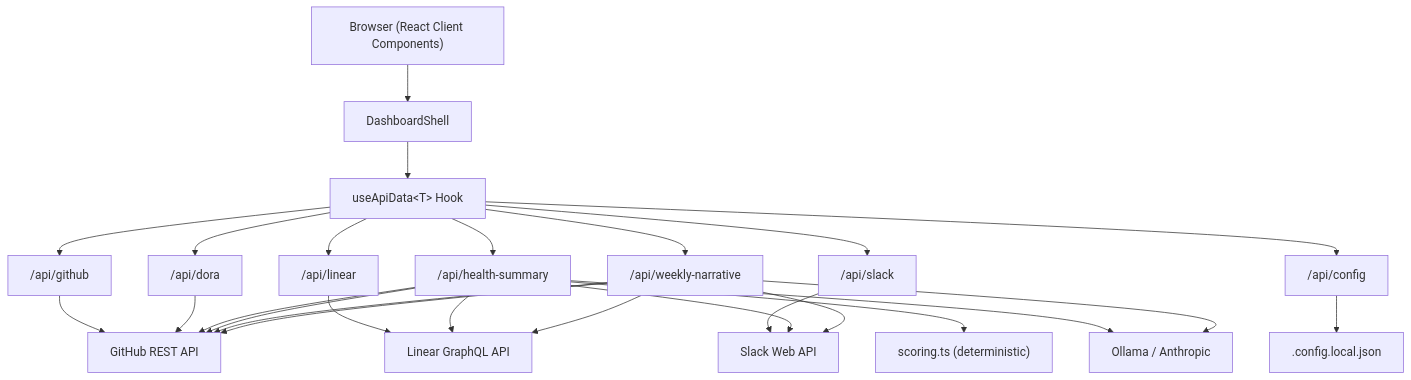
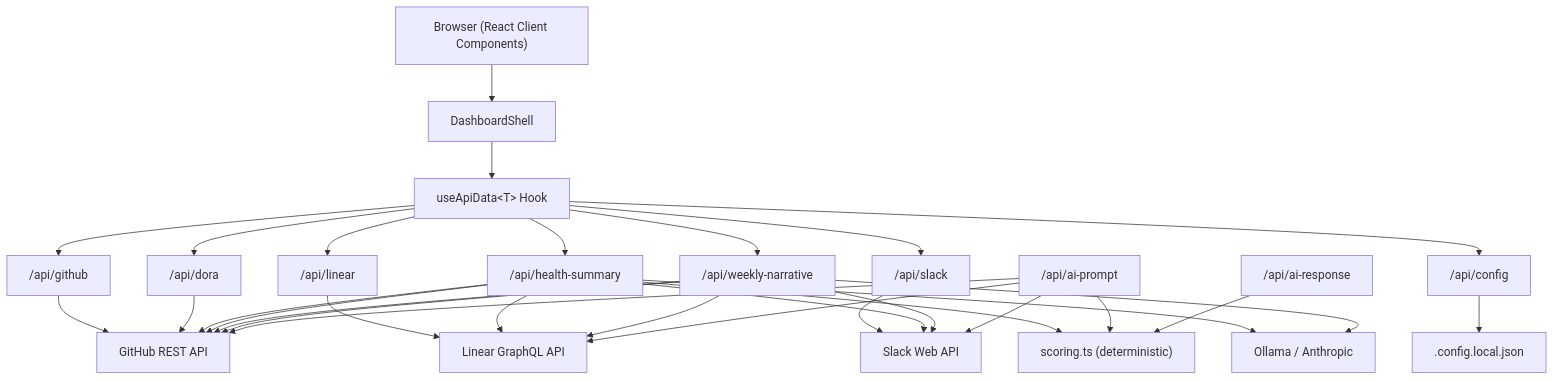
One commit to jasonmeltzer/team-health-dashboard changed the first of 2 diagrams in ARCHITECTURE.md. Above: the diagram before and after it, drawn with Mermaid. The commit also changed other lines of this file and 13 other files, not shown here.

````diff
--- a/ARCHITECTURE.md
+++ b/ARCHITECTURE.md
@@ -23,37 +23,43 @@
 ```mermaid
 graph TD
     Browser["Browser (React Client Components)"]
     Shell["DashboardShell"]
     Hook["useApiData&lt;T&gt; Hook"]
 
     Browser --> Shell
     Shell --> Hook
 
     Hook --> API_GH["/api/github"]
     Hook --> API_LN["/api/linear"]
     Hook --> API_SL["/api/slack"]
     Hook --> API_DORA["/api/dora"]
     Hook --> API_HS["/api/health-summary"]
     Hook --> API_WN["/api/weekly-narrative"]
     Hook --> API_CFG["/api/config"]
 
     API_GH --> GitHub["GitHub REST API"]
     API_LN --> Linear["Linear GraphQL API"]
     API_SL --> Slack["Slack Web API"]
     API_DORA --> GitHub
 
     API_HS --> GitHub
     API_HS --> Linear
     API_HS --> Slack
     API_HS --> GitHub
     API_HS --> Scoring["scoring.ts (deterministic)"]
     API_HS --> AI["Ollama / Anthropic"]
 
     API_WN --> GitHub
     API_WN --> Linear
     API_WN --> Slack
     API_WN --> GitHub
     API_WN --> AI
 
+    API_PROMPT["/api/ai-prompt"] --> GitHub
+    API_PROMPT --> Linear
+    API_PROMPT --> Slack
+    API_PROMPT --> Scoring
+    API_RESP["/api/ai-response"] --> Scoring
+
     API_CFG --> ConfigFile[".config.local.json"]
 ```
````
